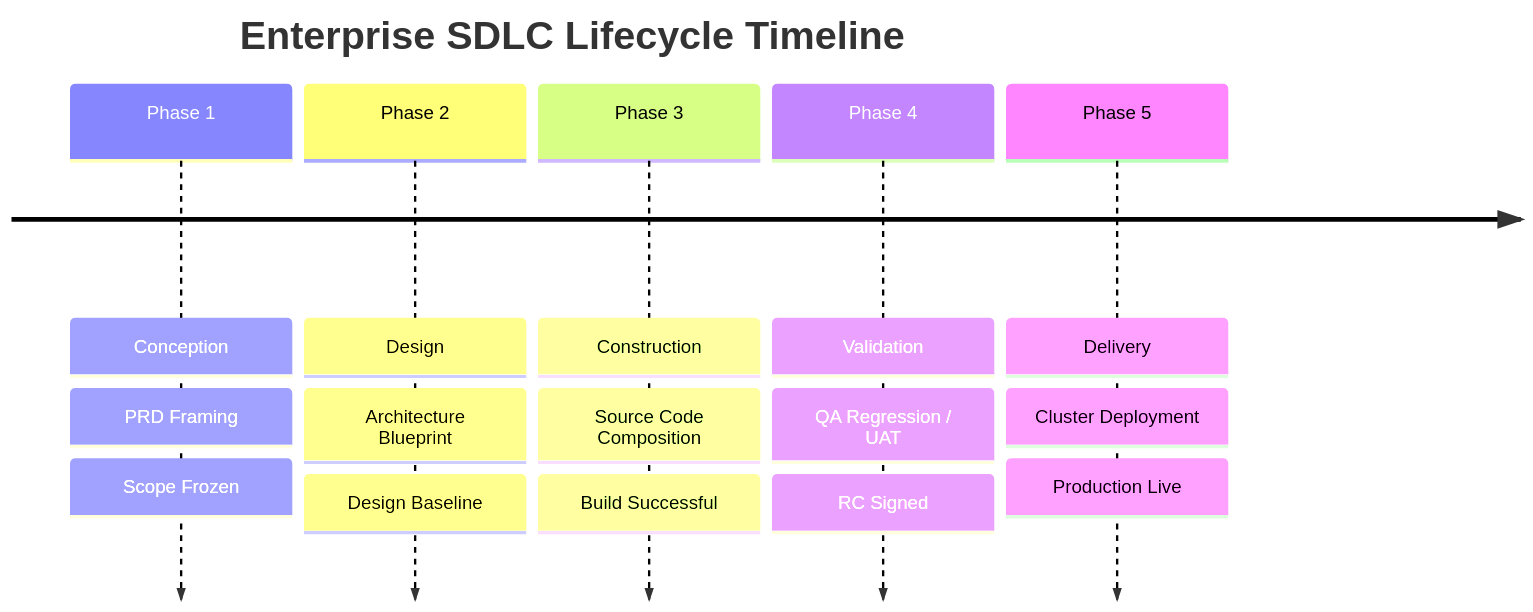
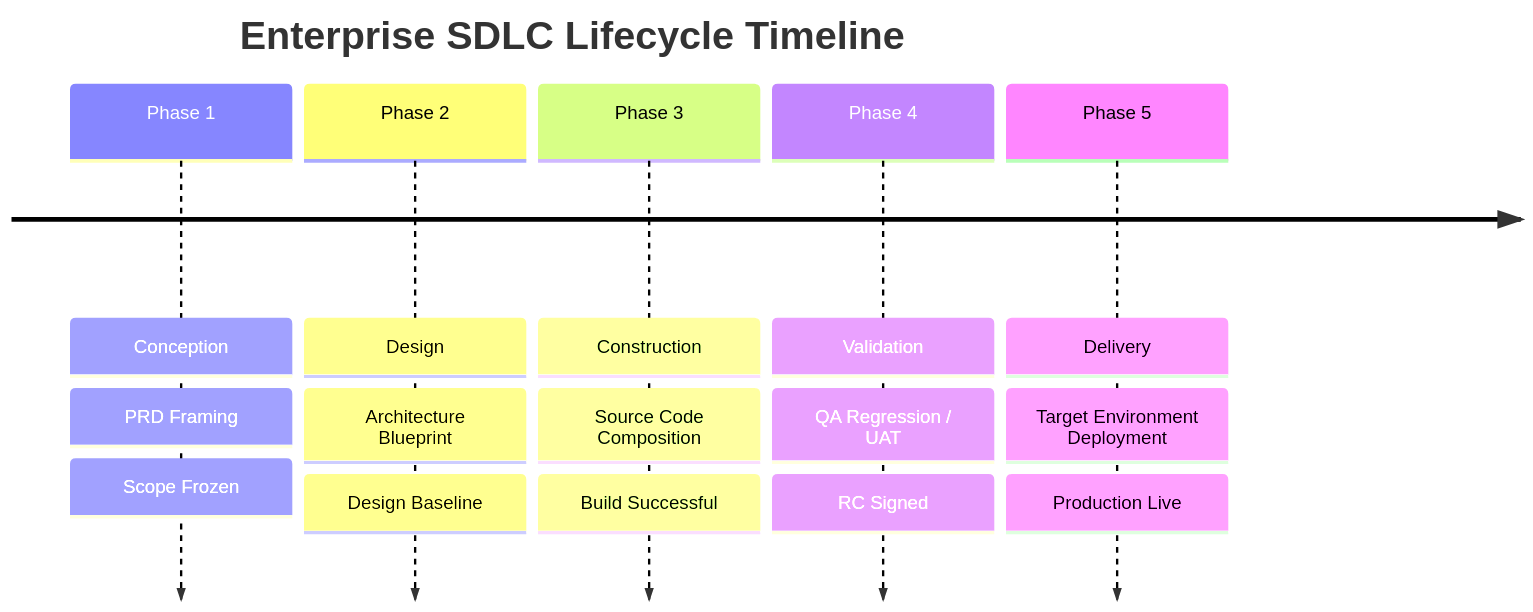
The first of 2 diagrams in arc-corporate-ws/corporate-sdlc/02-engineering/construction-focused-sdlc-framework.md (beyondnetcode/arc32_progresive_monolith), drawn with Mermaid before and after one commit. The commit also changed other lines of this file and 9 other files, not shown here.

Commit message:
docs(bmad): align architecture with progressive deployment complexity principle

````diff
--- a/arc-corporate-ws/corporate-sdlc/02-engineering/construction-focused-sdlc-framework.md
+++ b/arc-corporate-ws/corporate-sdlc/02-engineering/construction-focused-sdlc-framework.md
@@ -20,9 +20,9 @@
 ```mermaid
 timeline
     title Enterprise SDLC Lifecycle Timeline
     Phase 1: Conception : PRD Framing : Scope Frozen
     Phase 2: Design : Architecture Blueprint : Design Baseline
     Phase 3: Construction : Source Code Composition : Build Successful
     Phase 4: Validation : QA Regression / UAT : RC Signed
-    Phase 5: Delivery : Cluster Deployment : Production Live
+    Phase 5: Delivery : Target Environment Deployment : Production Live
 ```
````
